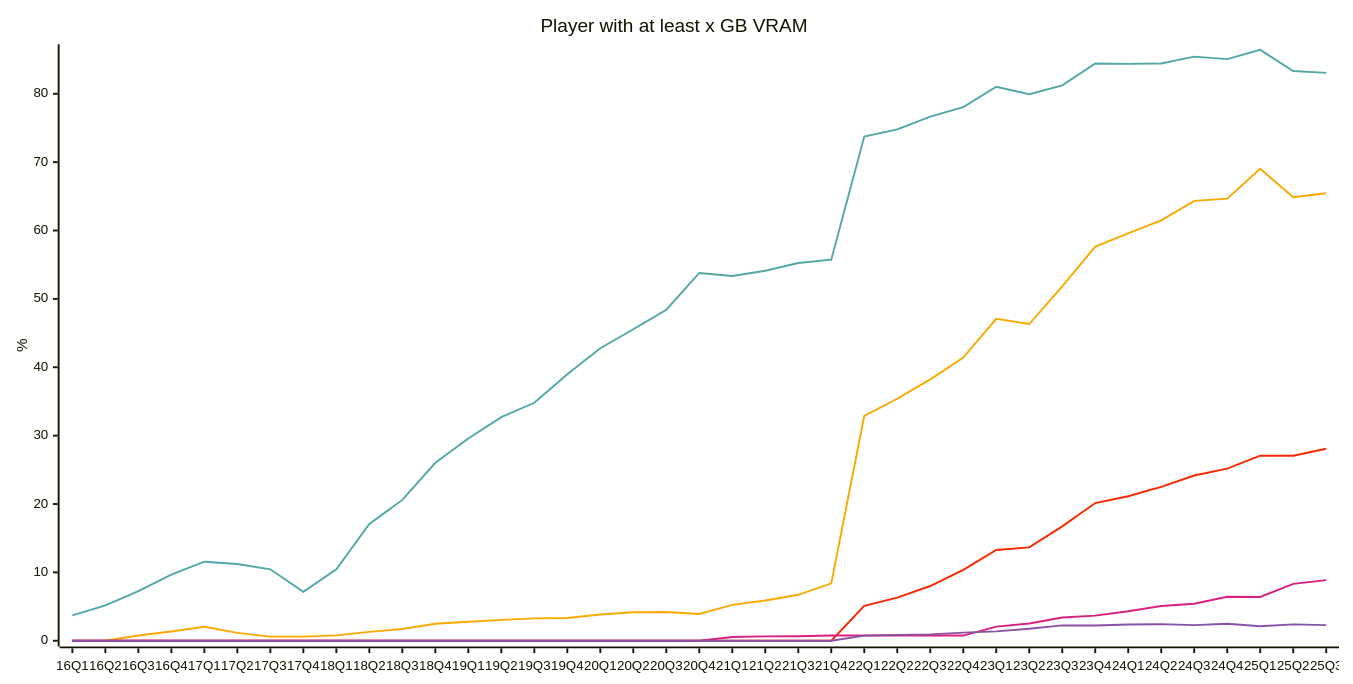
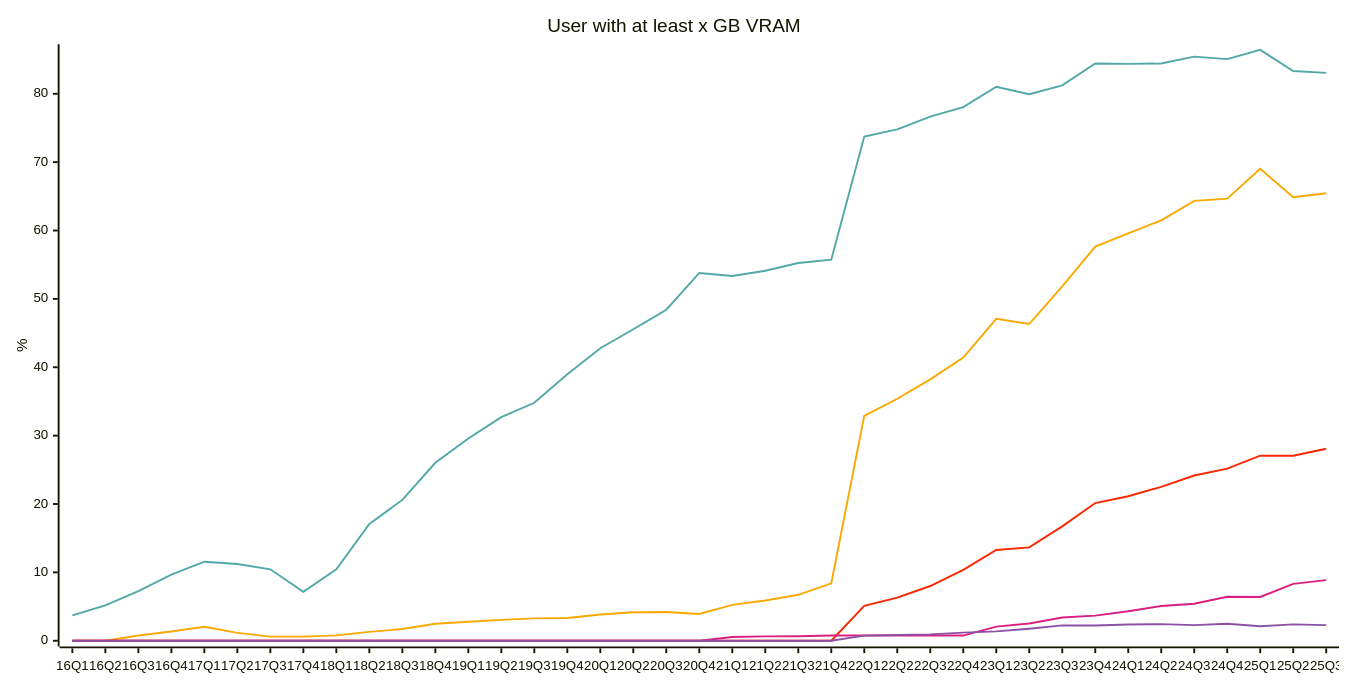
Before and after one commit to jdegene/steamHWsurvey: the tenth of 23 diagrams in README.md, drawn with Mermaid. The commit also changed other lines of this file and 1 other file, not shown here.

Commit message:
cosmetic changes to VRAM chart

````diff
--- a/README.md
+++ b/README.md
@@ -322,23 +322,23 @@
 ```mermaid
 ---
 config:
     xyChart:
         width: 1400
         height: 700
         
     themeVariables:
         xyChart:
             plotColorPalette: "#51a8a6,#f9a900,#f92800,#d92080,#8a52a6"
 
 --- 
 
 xychart-beta
-    title "Player with at least x GB VRAM"
+    title "User with at least x GB VRAM"
     x-axis [16Q1, 16Q2, 16Q3, 16Q4, 17Q1, 17Q2, 17Q3, 17Q4, 18Q1, 18Q2, 18Q3, 18Q4, 19Q1, 19Q2, 19Q3, 19Q4, 20Q1, 20Q2, 20Q3, 20Q4, 21Q1, 21Q2, 21Q3, 21Q4, 22Q1, 22Q2, 22Q3, 22Q4, 23Q1, 23Q2, 23Q3, 23Q4, 24Q1, 24Q2, 24Q3, 24Q4, 25Q1, 25Q2, 25Q3]
     y-axis "%" 
     line [3.716666666666666, 5.183333333333334, 7.246666666666666, 9.673333333333334, 11.559999999999999, 11.223333333333334, 10.45, 7.1466666666666665, 10.453333333333333, 17.083333333333332, 20.600000000000005, 26.023333333333333, 29.580000000000002, 32.70333333333333, 34.803333333333335, 38.989999999999995, 42.78333333333333, 45.556666666666665, 48.413333333333334, 53.79666666666667, 53.35333333333333, 54.11, 55.246666666666655, 55.74, 73.74333333333333, 74.78666666666668, 76.66000000000001, 78.05666666666667, 81.02333333333333, 79.93333333333334, 81.23, 84.42333333333335, 84.37666666666667, 84.42999999999999, 85.43333333333334, 85.07000000000001, 86.42666666666666, 83.33, 83.06]
     line [0, 0, 0.775, 1.36, 2.0366666666666666, 1.16, 0.61, 0.61, 0.79, 1.3033333333333335, 1.71, 2.48, 2.77, 3.046666666666667, 3.2766666666666664, 3.3266666666666667, 3.836666666666667, 4.16, 4.206666666666667, 3.9099999999999997, 5.256666666666667, 5.89, 6.72, 8.406666666666666, 32.903333333333336, 35.39666666666667, 38.22666666666667, 41.41, 47.08666666666666, 46.32000000000001, 51.83, 57.64999999999999, 59.596666666666664, 61.483333333333334, 64.34333333333333, 64.66333333333333, 69.03333333333333, 64.86666666666667, 65.45]
     line [0, 0, 0, 0, 0, 0, 0, 0, 0, 0, 0, 0, 0, 0, 0, 0, 0, 0, 0, 0, 0, 0, 0, 0, 5.11, 6.3133333333333335, 8.006666666666668, 10.366666666666667, 13.273333333333333, 13.66, 16.726666666666667, 20.14, 21.14, 22.516666666666666, 24.173333333333336, 25.183333333333337, 27.063333333333333, 27.060000000000002, 28.090000000000003]
     line [0, 0, 0, 0, 0, 0, 0, 0, 0, 0, 0, 0, 0, 0, 0, 0, 0, 0, 0, 0, 0.5549999999999999, 0.6333333333333333, 0.6599999999999999, 0.76, 0.76, 0.76, 0.76, 0.76, 2.07, 2.5233333333333334, 3.4066666666666667, 3.6799999999999997, 4.3133333333333335, 5.079999999999999, 5.413333333333333, 6.43, 6.41, 8.316666666666666, 8.870000000000001]
     line [0, 0, 0, 0, 0, 0, 0, 0, 0, 0, 0, 0, 0, 0, 0, 0, 0, 0, 0, 0, 0, 0, 0, 0, 0.75, 0.8500000000000001, 0.9266666666666666, 1.1833333333333333, 1.3733333333333333, 1.76, 2.243333333333333, 2.2333333333333334, 2.3833333333333333, 2.4266666666666667, 2.29, 2.476666666666667, 2.13, 2.396666666666667, 2.29]
 ``` 
````
